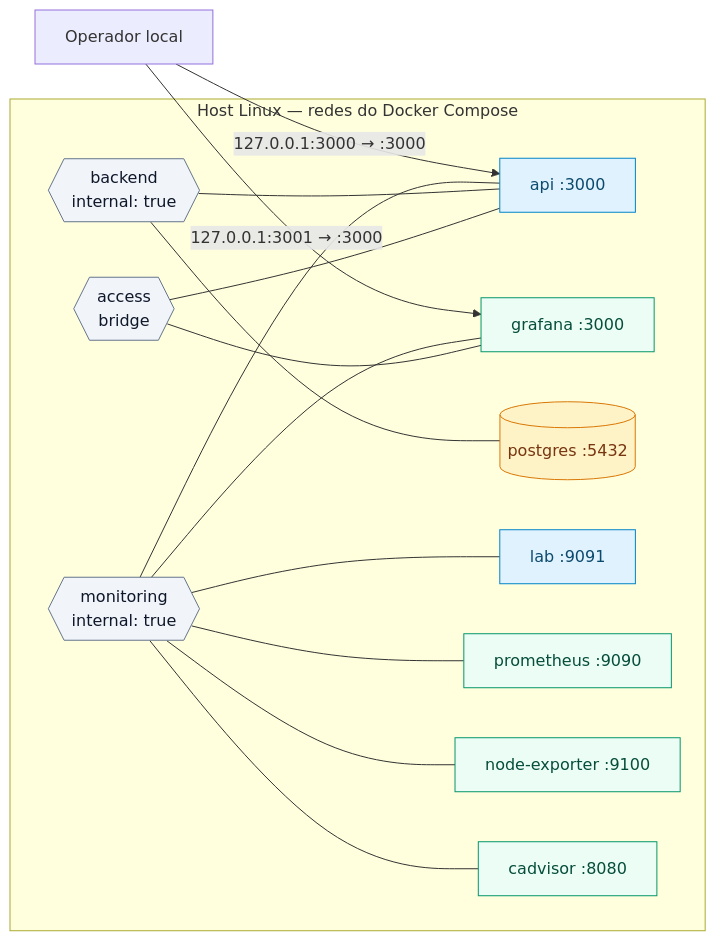
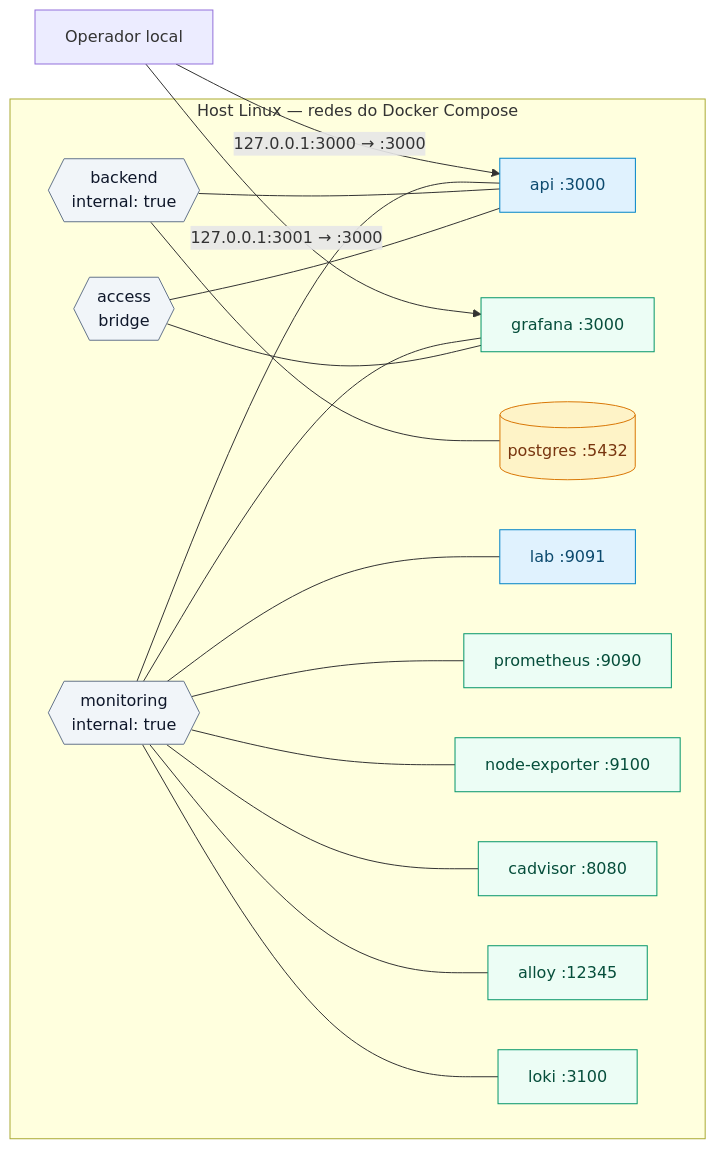
One commit to GuiLuiz12/integrador4s changed the second of 2 diagrams in docs/arquitetura.md. Above: the diagram before and after it, drawn with Mermaid. The commit also changed other lines of this file and 158 other files, not shown here.

````diff
--- a/docs/arquitetura.md
+++ b/docs/arquitetura.md
@@ -54,41 +61,45 @@
 ```mermaid
 flowchart LR
     U["Operador local"]
 
     subgraph HOST["Host Linux — redes do Docker Compose"]
         ACCESS{{"access<br/>bridge"}}
         BACKEND{{"backend<br/>internal: true"}}
         MONITORING{{"monitoring<br/>internal: true"}}
 
         API["api :3000"]
         GRAFANA["grafana :3000"]
         DB[("postgres :5432")]
         LAB["lab :9091"]
         PROM["prometheus :9090"]
         NODE["node-exporter :9100"]
         CAD["cadvisor :8080"]
+        ALLOY["alloy :12345"]
+        LOKI["loki :3100"]
 
         ACCESS --- API
         ACCESS --- GRAFANA
         BACKEND --- API
         BACKEND --- DB
         MONITORING --- API
         MONITORING --- GRAFANA
         MONITORING --- LAB
         MONITORING --- PROM
         MONITORING --- NODE
         MONITORING --- CAD
+        MONITORING --- ALLOY
+        MONITORING --- LOKI
     end
 
     U -->|"127.0.0.1:3000 → :3000"| API
     U -->|"127.0.0.1:3001 → :3000"| GRAFANA
 
     classDef network fill:#f1f5f9,stroke:#64748b,color:#0f172a
     classDef application fill:#e0f2fe,stroke:#0284c7,color:#0c4a6e
     classDef monitoring fill:#ecfdf5,stroke:#059669,color:#064e3b
     classDef database fill:#fef3c7,stroke:#d97706,color:#78350f
     class ACCESS,BACKEND,MONITORING network
     class API,LAB application
-    class GRAFANA,PROM,NODE,CAD monitoring
+    class GRAFANA,PROM,NODE,CAD,ALLOY,LOKI monitoring
     class DB database
 ```
````
